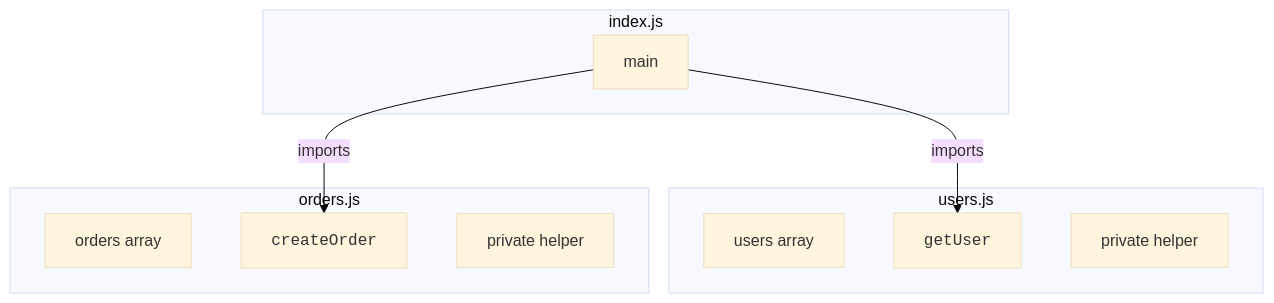
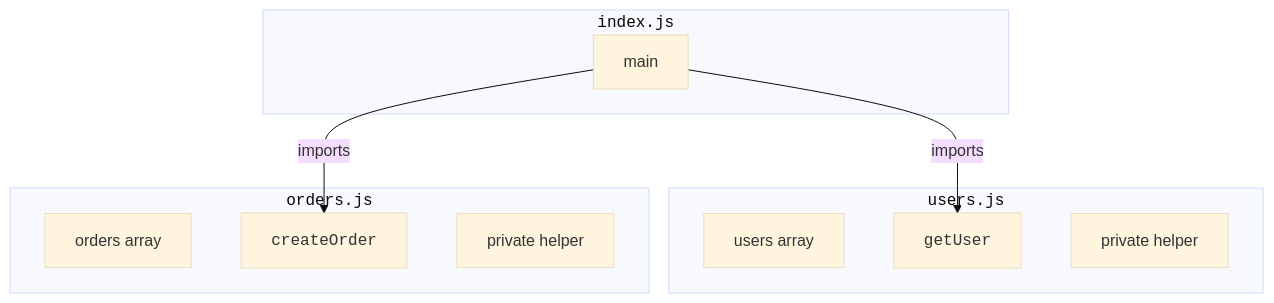
Before and after one commit to dataslope/dataslope: the first of 2 diagrams in content/learn/beginners-javascript/modular-organization.mdx, drawn with Mermaid (base theme). The commit also changed other lines of this file and 100 other files, not shown here.

First line of the commit message:
Wrap more code in diagram labels: filenames, hex, assignments, subgraph titles

````diff
--- a/content/learn/beginners-javascript/modular-organization.mdx
+++ b/content/learn/beginners-javascript/modular-organization.mdx
@@ -26,18 +26,18 @@
 ```mermaid
 flowchart TD
-    subgraph users.js
+    subgraph users.js["<code>users.js</code>"]
         U1[users array]
         U2["<code>getUser</code>"]
         U3[private helper]
     end
-    subgraph orders.js
+    subgraph orders.js["<code>orders.js</code>"]
         O1[orders array]
         O2["<code>createOrder</code>"]
         O3[private helper]
     end
-    subgraph index.js
+    subgraph index.js["<code>index.js</code>"]
         I1[main]
     end
     I1 -->|imports| U2
     I1 -->|imports| O2
 ```
````
